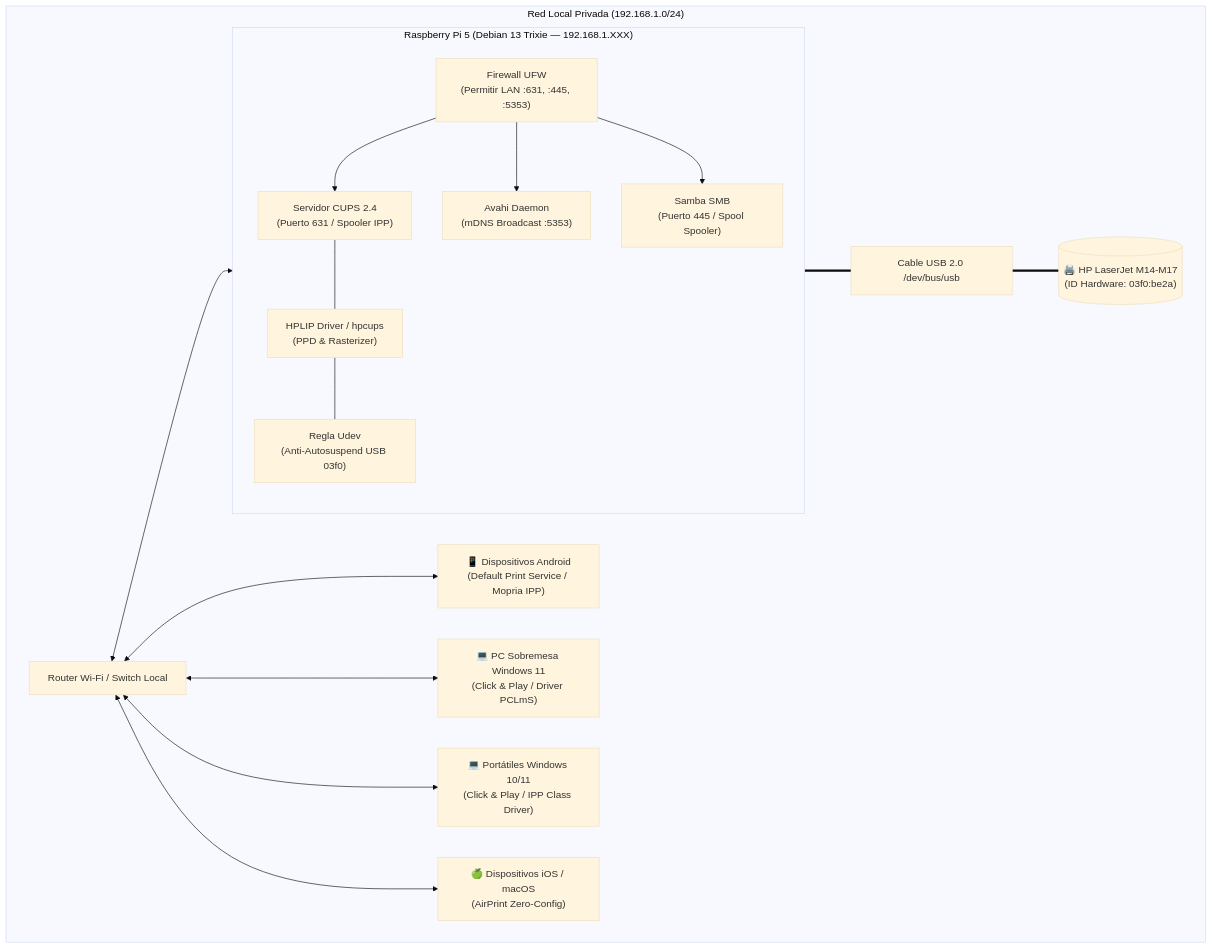
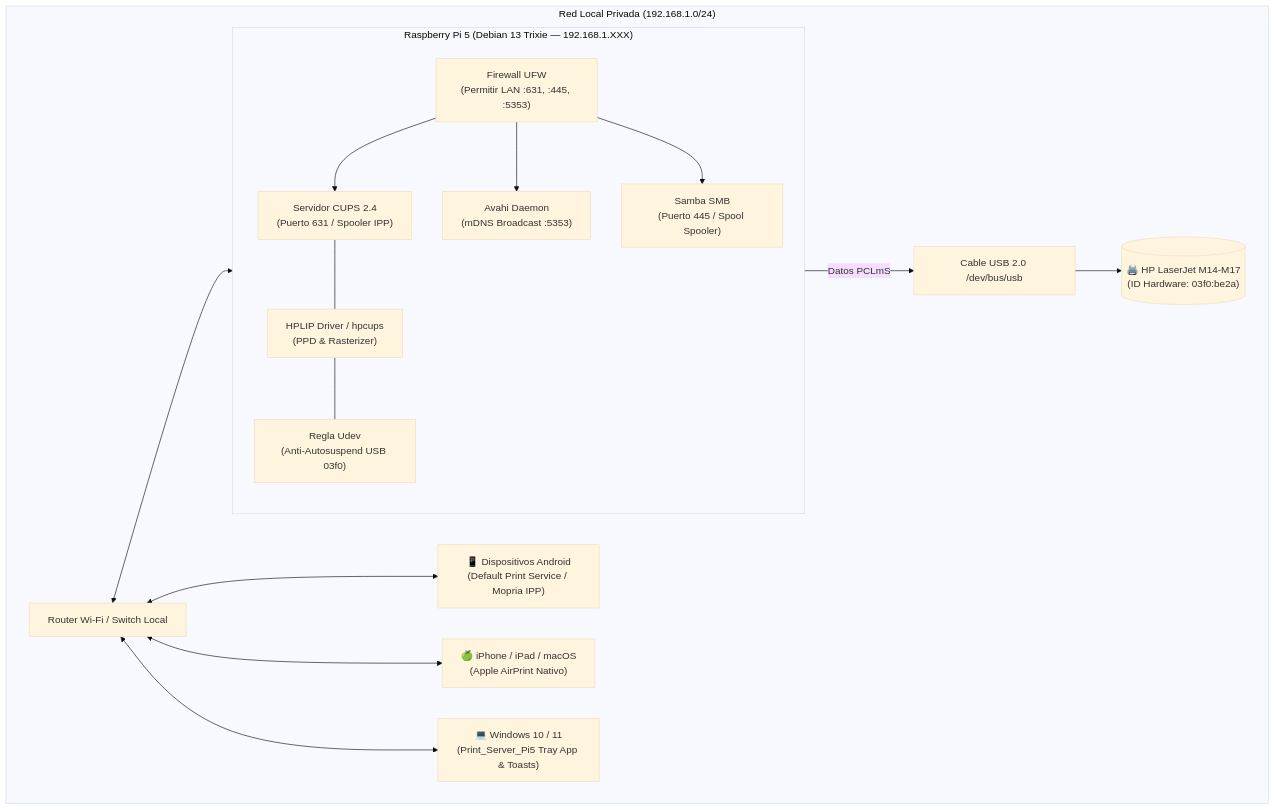
The diagram in README.md (AaronSGomez/rpi5-cups-print-server), drawn with Mermaid (base theme) before and after one commit. The commit also changed other lines of this file and 3 other files, not shown here.

````diff
--- a/README.md
+++ b/README.md
@@ -77,36 +89,34 @@
 ```mermaid
 flowchart TD
     subgraph LAN ["Red Local Privada (192.168.1.0/24)"]
         Router["Router Wi-Fi / Switch Local"]
         
         subgraph Servidor ["Raspberry Pi 5 (Debian 13 Trixie — 192.168.1.XXX)"]
             UFW["Firewall UFW\n(Permitir LAN :631, :445, :5353)"]
             CUPS["Servidor CUPS 2.4\n(Puerto 631 / Spooler IPP)"]
             Avahi["Avahi Daemon\n(mDNS Broadcast :5353)"]
             Samba["Samba SMB\n(Puerto 445 / Spool Spooler)"]
             HPLIP["HPLIP Driver / hpcups\n(PPD & Rasterizer)"]
             Udev["Regla Udev\n(Anti-Autosuspend USB 03f0)"]
             
             UFW --> CUPS
             UFW --> Avahi
             UFW --> Samba
             CUPS --- HPLIP
             HPLIP --- Udev
         end
         
         USB["Cable USB 2.0 /dev/bus/usb"]
         Impresora[("🖨️ HP LaserJet M14-M17\n(ID Hardware: 03f0:be2a)")]
         
         Android["📱 Dispositivos Android\n(Default Print Service / Mopria IPP)"]
-        Win1["💻 PC Sobremesa Windows 11\n(Click & Play / Driver PCLmS)"]
-        Win2["💻 Portátiles Windows 10/11\n(Click & Play / IPP Class Driver)"]
-        Apple["🍏 Dispositivos iOS / macOS\n(AirPrint Zero-Config)"]
+        iOS["🍏 iPhone / iPad / macOS\n(Apple AirPrint Nativo)"]
+        WinTray["💻 Windows 10 / 11\n(Print_Server_Pi5 Tray App & Toasts)"]
         
         Router <--> Servidor
         Router <--> Android
-        Router <--> Win1
-        Router <--> Win2
-        Router <--> Apple
-        Servidor === USB === Impresora
+        Router <--> iOS
+        Router <--> WinTray
+        Servidor -->|Datos PCLmS| USB --> Impresora
     end
 ```
````
